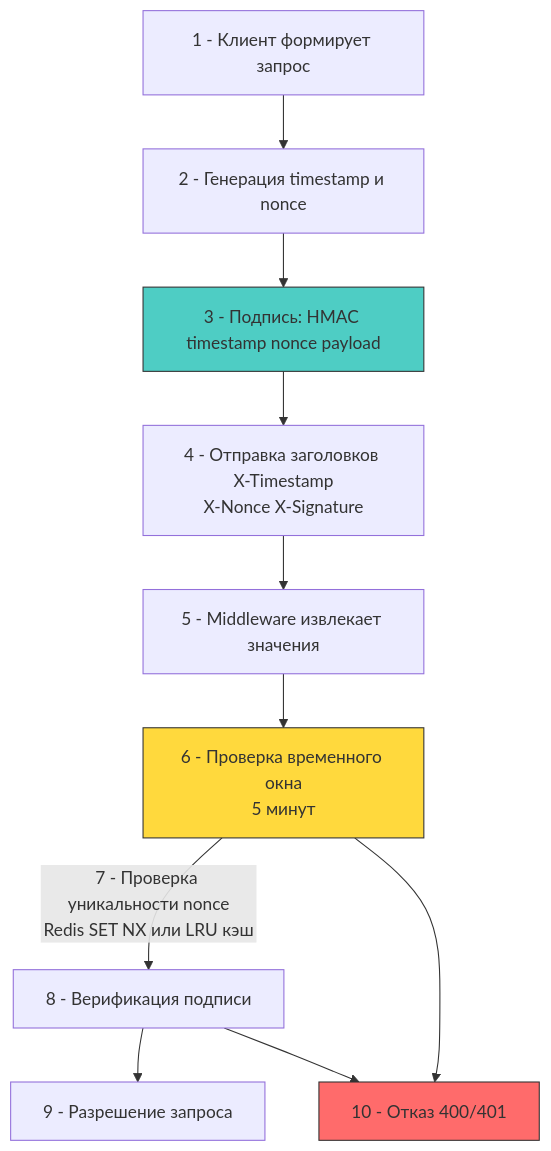
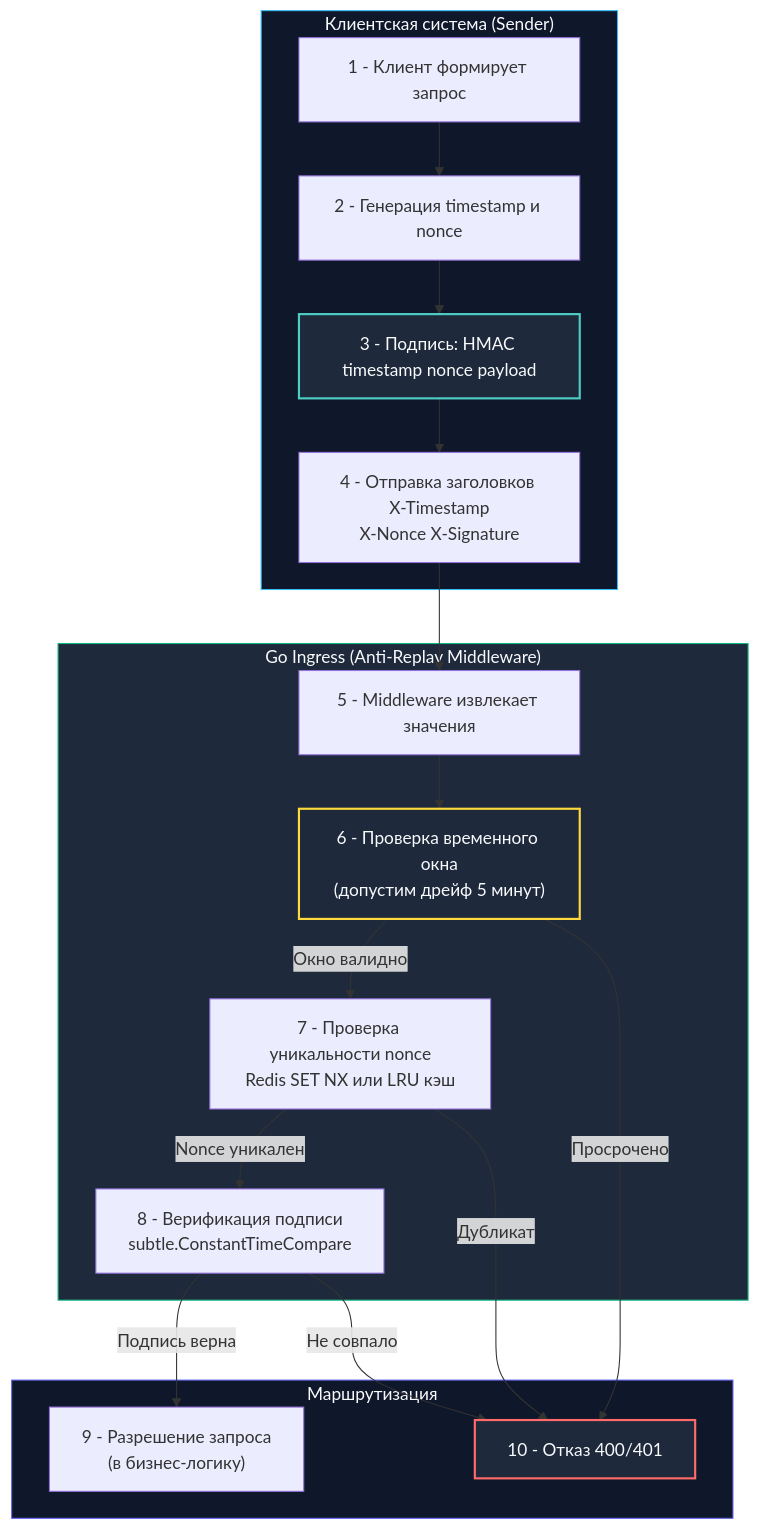
Before and after one commit to UnrealTemplier/go-textbook: the diagram in sources/17. Безопасность (AppSec в Go)/05. Безопасность API/5. Защита от replay атак.md, drawn with Mermaid. The commit also changed other lines of this file, not shown here.

Commit message:
feat(module-17): editorial rewrite of 05.5 Replay attacks in Kernighan style

````diff
--- a/sources/17. Безопасность (AppSec в Go)/05. Безопасность API/5. Защита от replay атак.md
+++ b/sources/17. Безопасность (AppSec в Go)/05. Безопасность API/5. Защита от replay атак.md
@@ -7,16 +14,29 @@
 ```mermaid
 flowchart TD
-    A["1 - Клиент формирует запрос"] --> B["2 - Генерация timestamp и nonce"]
-    B --> C["3 - Подпись: HMAC timestamp nonce payload"]
-    C --> D["4 - Отправка заголовков X-Timestamp<br>X-Nonce X-Signature"]
-    D --> E["5 - Middleware извлекает значения"]
-    E --> F["6 - Проверка временного окна<br>5 минут"]
-    F -->|"7 - Проверка уникальности nonce<br>Redis SET NX или LRU кэш"| G["8 - Верификация подписи"]
-    G --> H["9 - Разрешение запроса"]
-    F --> I["10 - Отказ 400/401"]
-    G --> I
-    
-    style C fill:#4ecdc4,stroke:#333
-    style F fill:#ffd93d,stroke:#333
-    style I fill:#ff6b6b,stroke:#333
+    subgraph Client["Клиентская система (Sender)"]
+        A["1 - Клиент формирует запрос"] --> B["2 - Генерация timestamp и nonce"]
+        B --> C["3 - Подпись: HMAC timestamp nonce payload"]
+        C --> D["4 - Отправка заголовков X-Timestamp<br/>X-Nonce X-Signature"]
+    end
+
+    subgraph Middleware["Go Ingress (Anti-Replay Middleware)"]
+        D --> E["5 - Middleware извлекает значения"]
+        E --> F["6 - Проверка временного окна<br/>(допустим дрейф 5 минут)"]
+        F -->|"Окно валидно"| G["7 - Проверка уникальности nonce<br/>Redis SET NX или LRU кэш"]
+        G -->|"Nonce уникален"| H["8 - Верификация подписи<br/>subtle.ConstantTimeCompare"]
+    end
+
+    subgraph Decision["Маршрутизация"]
+        H -->|"Подпись верна"| I["9 - Разрешение запроса<br/>(в бизнес-логику)"]
+        F -->|"Просрочено"| J["10 - Отказ 400/401"]
+        G -->|"Дубликат"| J
+        H -->|"Не совпало"| J
+    end
+
+    style Client fill:#0f172a,stroke:#38bdf8,stroke-width:1px,color:#f8fafc
+    style Middleware fill:#1e293b,stroke:#10b981,stroke-width:1px,color:#f8fafc
+    style Decision fill:#0f172a,stroke:#6366f1,stroke-width:1px,color:#f8fafc
+    style C fill:#1e293b,stroke:#4ecdc4,stroke-width:2px,color:#f8fafc
+    style F fill:#1e293b,stroke:#ffd93d,stroke-width:2px,color:#f8fafc
+    style J fill:#1e293b,stroke:#ff6b6b,stroke-width:2px,color:#f8fafc
 ```
````
